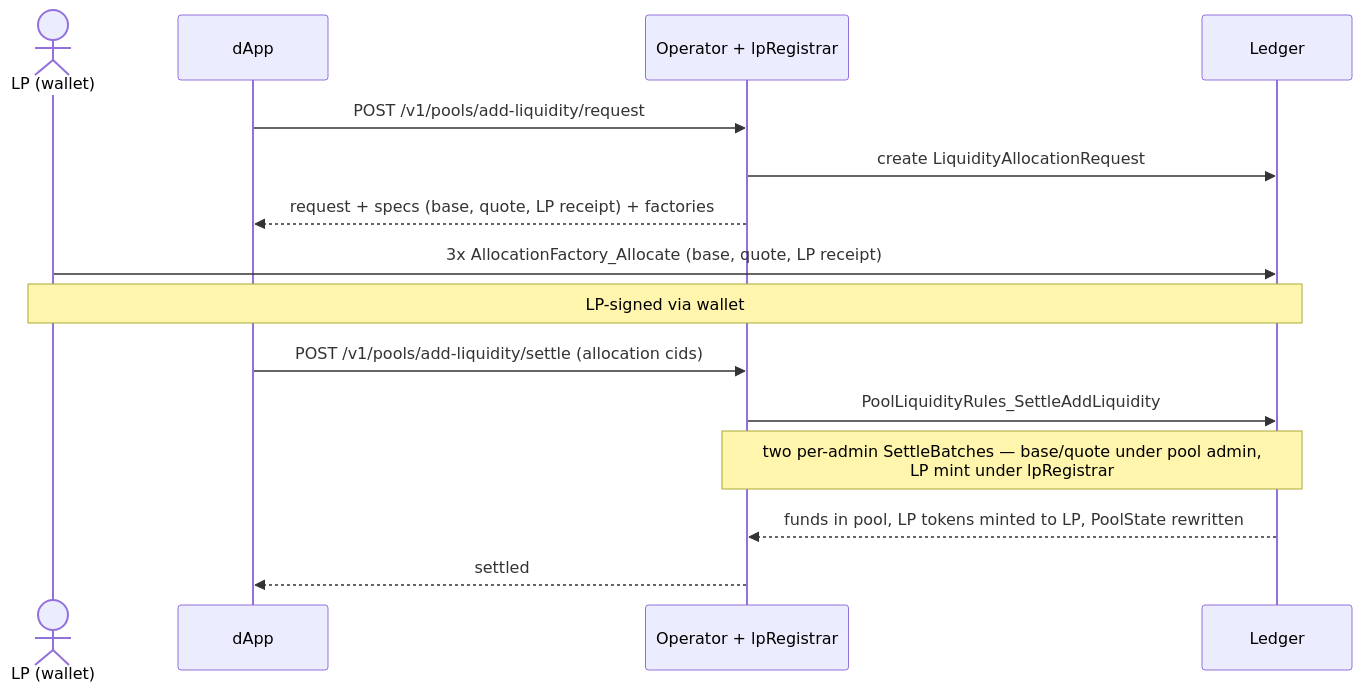
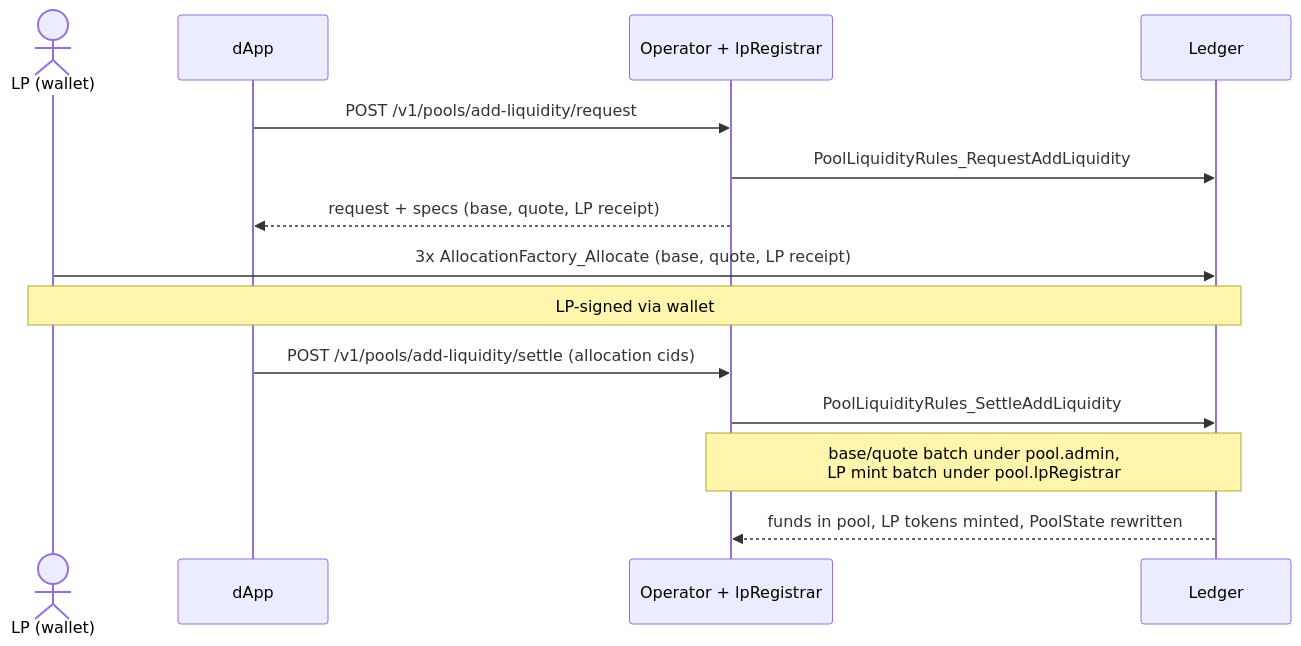
The second of 4 diagrams in docs/concepts/workflows.md (srikanth-bitdynamics/Canton-Dex-Reference-Implementation), drawn with Mermaid before and after one commit. The commit also changed other lines of this file and 30 other files, not shown here.

````diff
--- a/docs/concepts/workflows.md
+++ b/docs/concepts/workflows.md
@@ -168,17 +116,16 @@
 ```mermaid
 sequenceDiagram
     actor LP as LP (wallet)
     participant D as dApp
     participant O as Operator + lpRegistrar
     participant L as Ledger
     D->>O: POST /v1/pools/add-liquidity/request
-    O->>L: create LiquidityAllocationRequest
-    O-->>D: request + specs (base, quote, LP receipt) + factories
+    O->>L: PoolLiquidityRules_RequestAddLiquidity
+    O-->>D: request + specs (base, quote, LP receipt)
     LP->>L: 3x AllocationFactory_Allocate (base, quote, LP receipt)
     Note over LP,L: LP-signed via wallet
     D->>O: POST /v1/pools/add-liquidity/settle (allocation cids)
     O->>L: PoolLiquidityRules_SettleAddLiquidity
-    Note over O,L: two per-admin SettleBatches — base/quote under pool admin,<br/>LP mint under lpRegistrar
-    L-->>O: funds in pool, LP tokens minted to LP, PoolState rewritten
-    O-->>D: settled
+    Note over O,L: base/quote batch under pool.admin,<br/>LP mint batch under pool.lpRegistrar
+    L-->>O: funds in pool, LP tokens minted, PoolState rewritten
 ```
````
